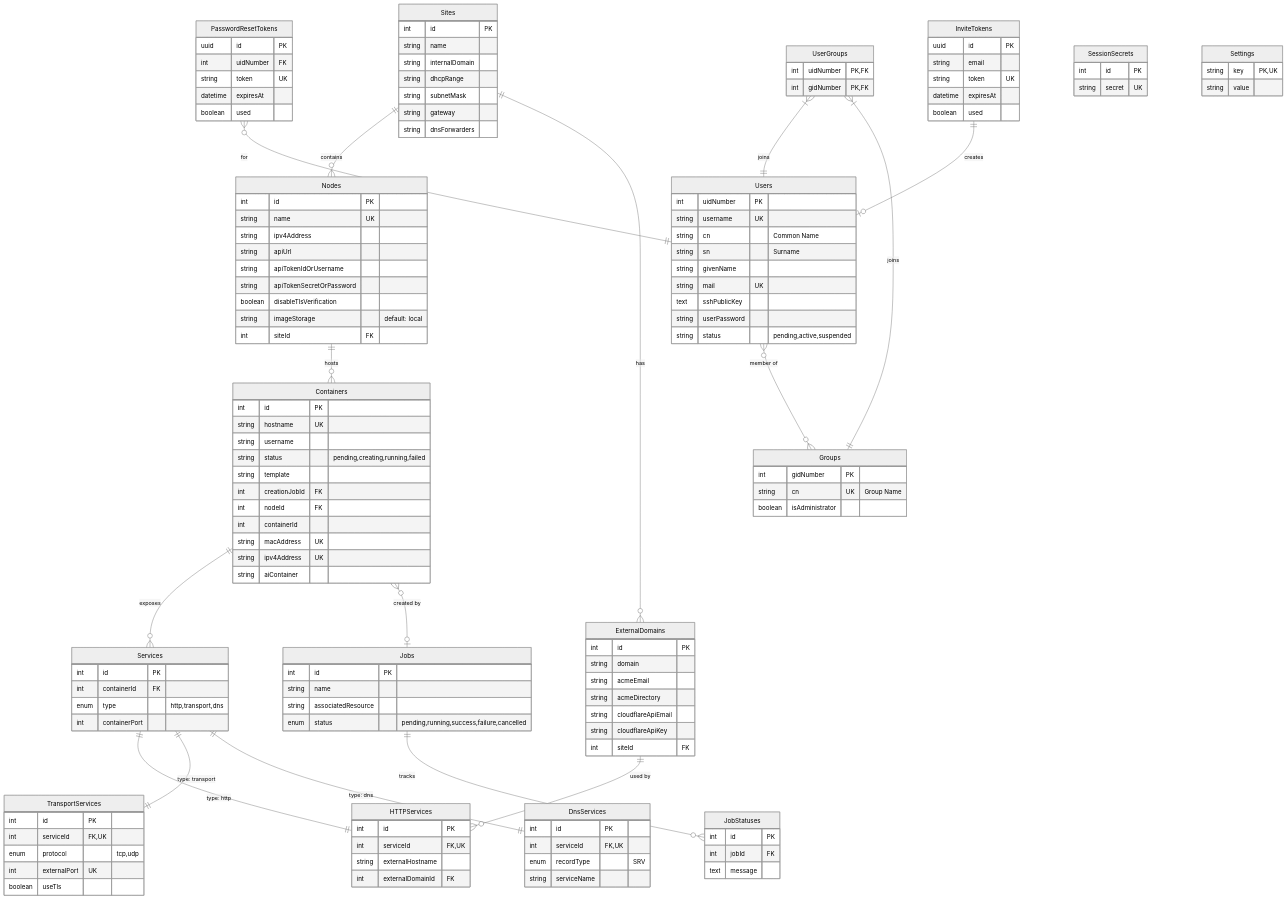
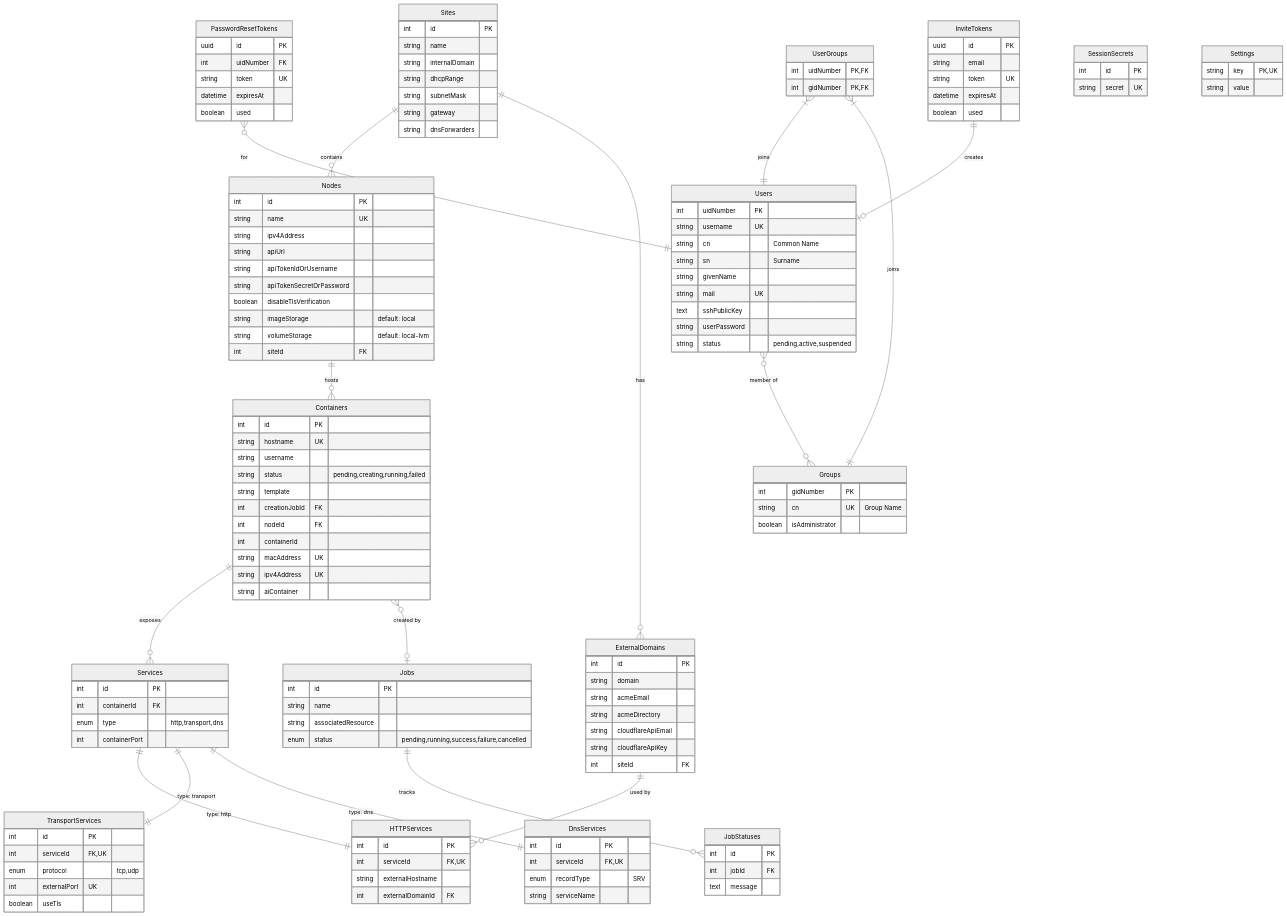
The diagram in mie-opensource-landing/docs/developers/database-schema.md (mieweb/opensource-server), drawn with Mermaid (neutral theme) before and after one commit. The commit also changed other lines of this file and 6 other files, not shown here.

Commit message:
feat: implement defaultStorage per #198

```diff
--- a/mie-opensource-landing/docs/developers/database-schema.md
+++ b/mie-opensource-landing/docs/developers/database-schema.md
@@ -45,6 +45,7 @@
         string apiTokenSecretOrPassword
         boolean disableTlsVerification
         string imageStorage "default: local"
+        string volumeStorage "default: local-lvm"
         int siteId FK
     }
 
```
